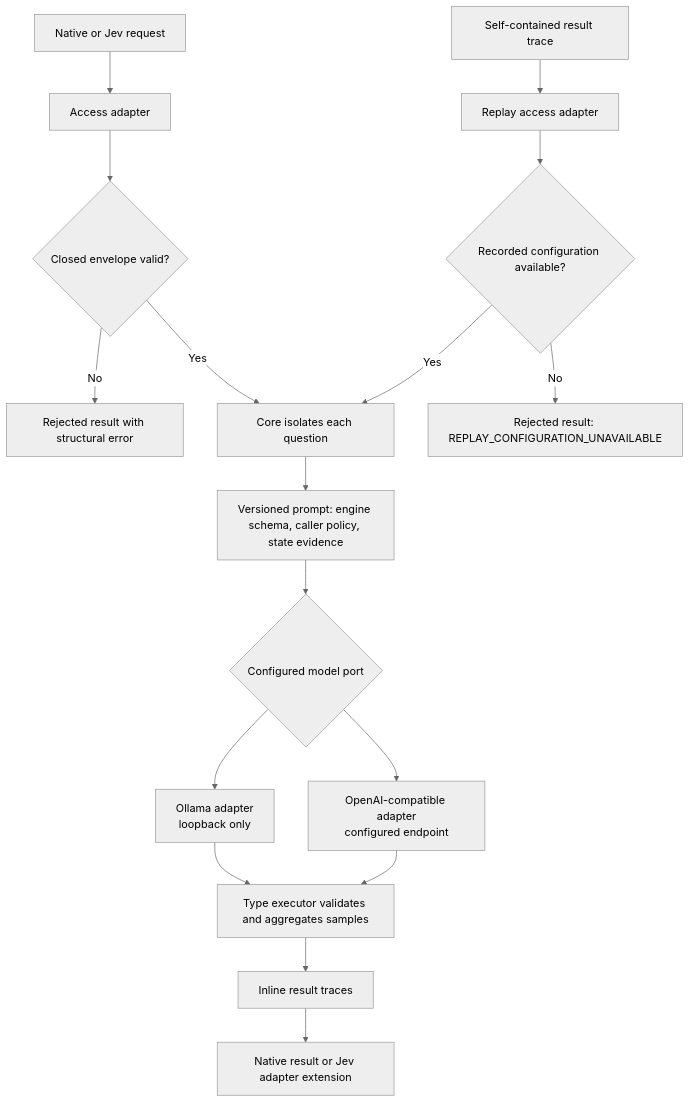
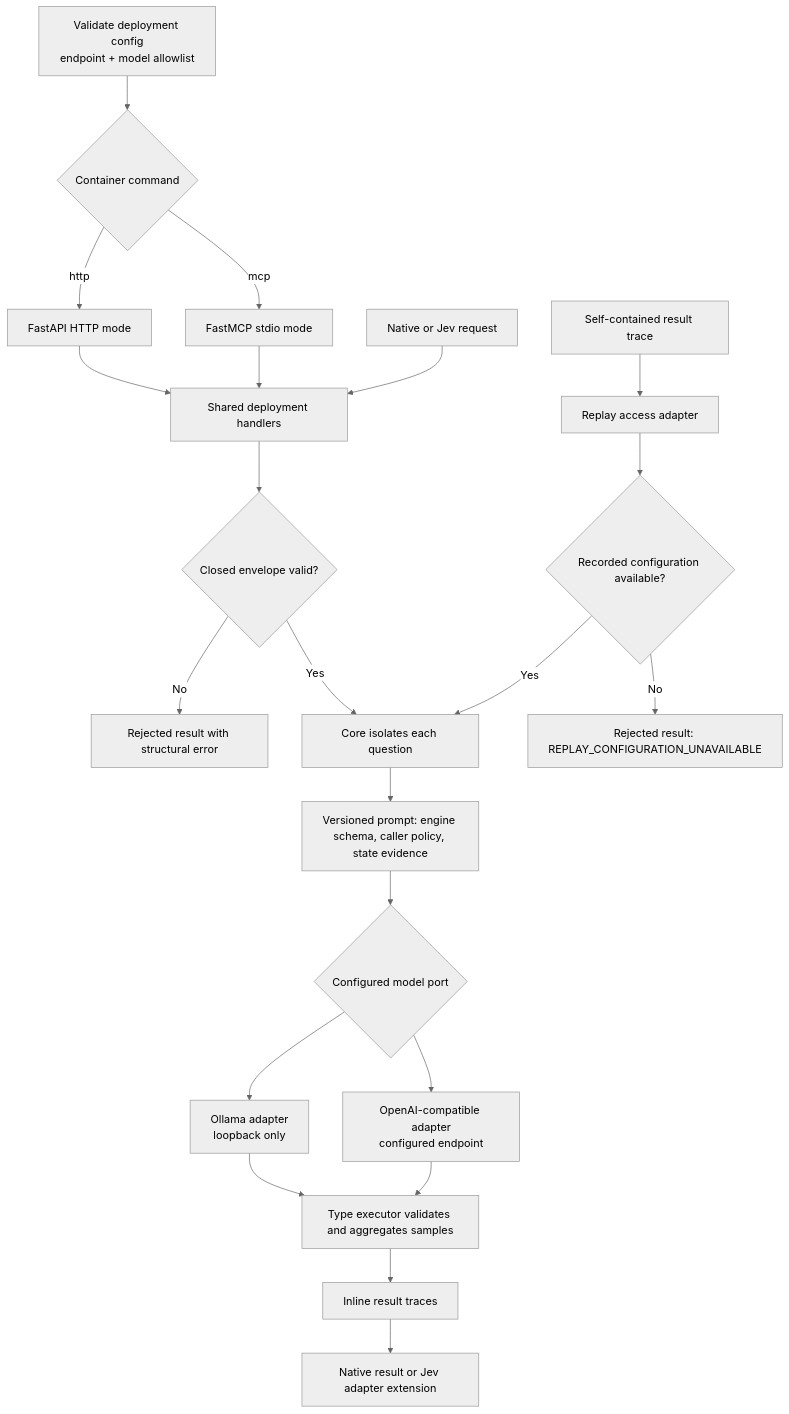
The diagram in docs/system_flow.md (alanfong93/local-judge), drawn with Mermaid (neutral theme) before and after one commit. The commit also changed 26 other files, not shown here.

First line of the commit message:
feat: run local-judge as an HTTP and MCP container (#42)

````diff
--- a/docs/system_flow.md
+++ b/docs/system_flow.md
@@ -3,19 +3,24 @@
 ```mermaid
 flowchart TD
-    R["Native or Jev request"] --> A["Access adapter"]
+    D{"Container command"} -->|http| H["FastAPI HTTP mode"]
+    D -->|mcp| M["FastMCP stdio mode"]
+    H --> A["Shared deployment handlers"]
+    M --> A
+    C0["Validate deployment config<br>endpoint + model allowlist"] --> D
+    R["Native or Jev request"] --> A
     A --> V{"Closed envelope valid?"}
     V -- No --> RJ["Rejected result with structural error"]
     V -- Yes --> Q["Core isolates each question"]
     Q --> P["Versioned prompt: engine schema, caller policy, state evidence"]
     P --> B{"Configured model port"}
     B --> O["Ollama adapter<br>loopback only"]
     B --> E["OpenAI-compatible adapter<br>configured endpoint"]
     O --> T["Type executor validates and aggregates samples"]
     E --> T
     T --> TR["Inline result traces"]
     TR --> N["Native result or Jev adapter extension"]
     X["Self-contained result trace"] --> RP["Replay access adapter"]
     RP --> C{"Recorded configuration available?"}
     C -- No --> RC["Rejected result: REPLAY_CONFIGURATION_UNAVAILABLE"]
     C -- Yes --> Q
 ```
````
